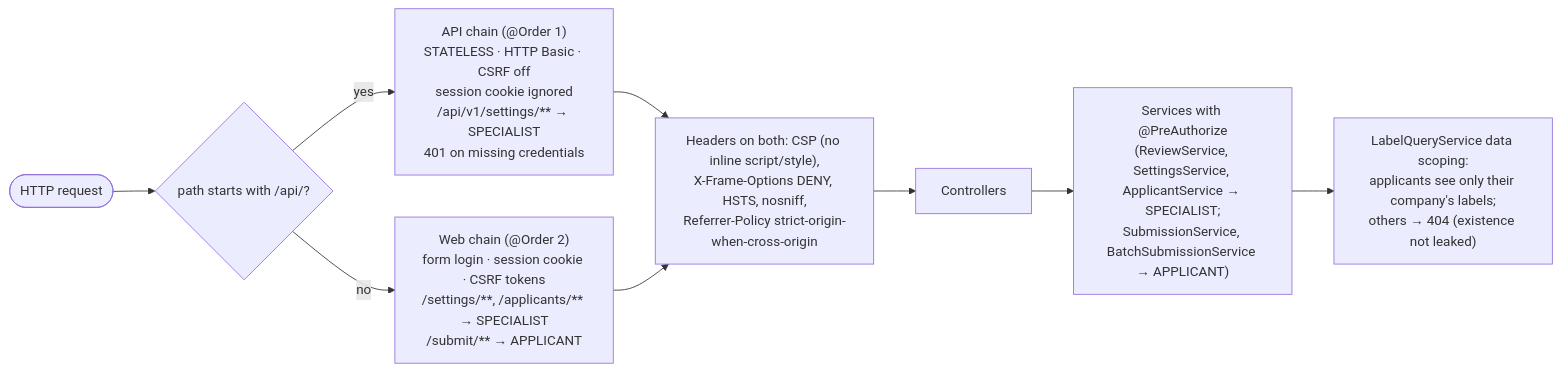
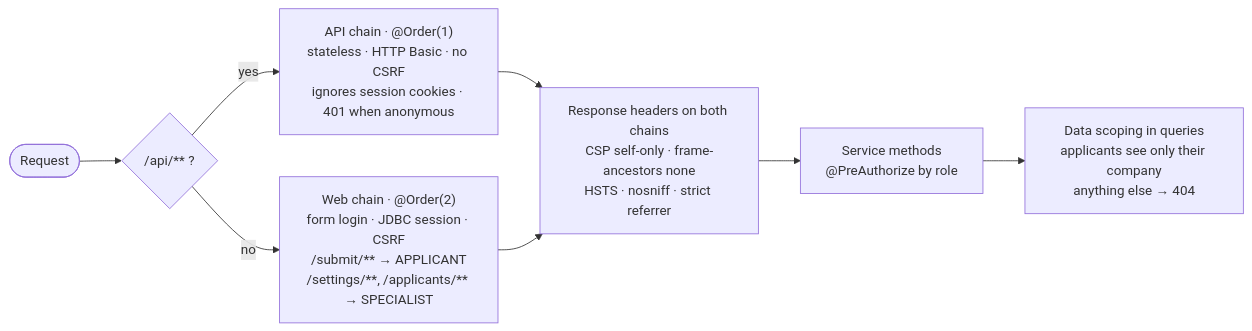
Before and after one commit to SarvariVin/ttb-label-verification: the ninth of 9 diagrams in docs/architecture.md, drawn with Mermaid. The commit also changed other lines of this file and 251 other files, not shown here.

````diff
--- a/docs/architecture.md
+++ b/docs/architecture.md
@@ -429,11 +507,10 @@
 ```mermaid
 flowchart LR
-    req(["HTTP request"]) --> m{"path starts with /api/?"}
-    m -- yes --> api["API chain (@Order 1)<br/>STATELESS · HTTP Basic · CSRF off<br/>session cookie ignored<br/>/api/v1/settings/** → SPECIALIST<br/>401 on missing credentials"]
-    m -- no --> web["Web chain (@Order 2)<br/>form login · session cookie · CSRF tokens<br/>/settings/**, /applicants/** → SPECIALIST<br/>/submit/** → APPLICANT"]
-    api --> hdr["Headers on both: CSP (no inline script/style),<br/>X-Frame-Options DENY, HSTS, nosniff,<br/>Referrer-Policy strict-origin-when-cross-origin"]
-    web --> hdr
-    hdr --> ctl["Controllers"]
-    ctl --> svc["Services with @PreAuthorize<br/>(ReviewService, SettingsService, ApplicantService → SPECIALIST;<br/>SubmissionService, BatchSubmissionService → APPLICANT)"]
-    svc --> data["LabelQueryService data scoping:<br/>applicants see only their company's labels;<br/>others → 404 (existence not leaked)"]
+    req(["Request"]) --> split{"/api/** ?"}
+    split -- yes --> apichain["API chain · @Order(1)<br/>stateless · HTTP Basic · no CSRF<br/>ignores session cookies · 401 when anonymous"]
+    split -- no --> webchain["Web chain · @Order(2)<br/>form login · JDBC session · CSRF<br/>/submit/** → APPLICANT<br/>/settings/**, /applicants/** → SPECIALIST"]
+    apichain --> headers["Response headers on both chains<br/>CSP self-only · frame-ancestors none<br/>HSTS · nosniff · strict referrer"]
+    webchain --> headers
+    headers --> method["Service methods<br/>@PreAuthorize by role"]
+    method --> scope["Data scoping in queries<br/>applicants see only their company<br/>anything else → 404"]
 ```
````
